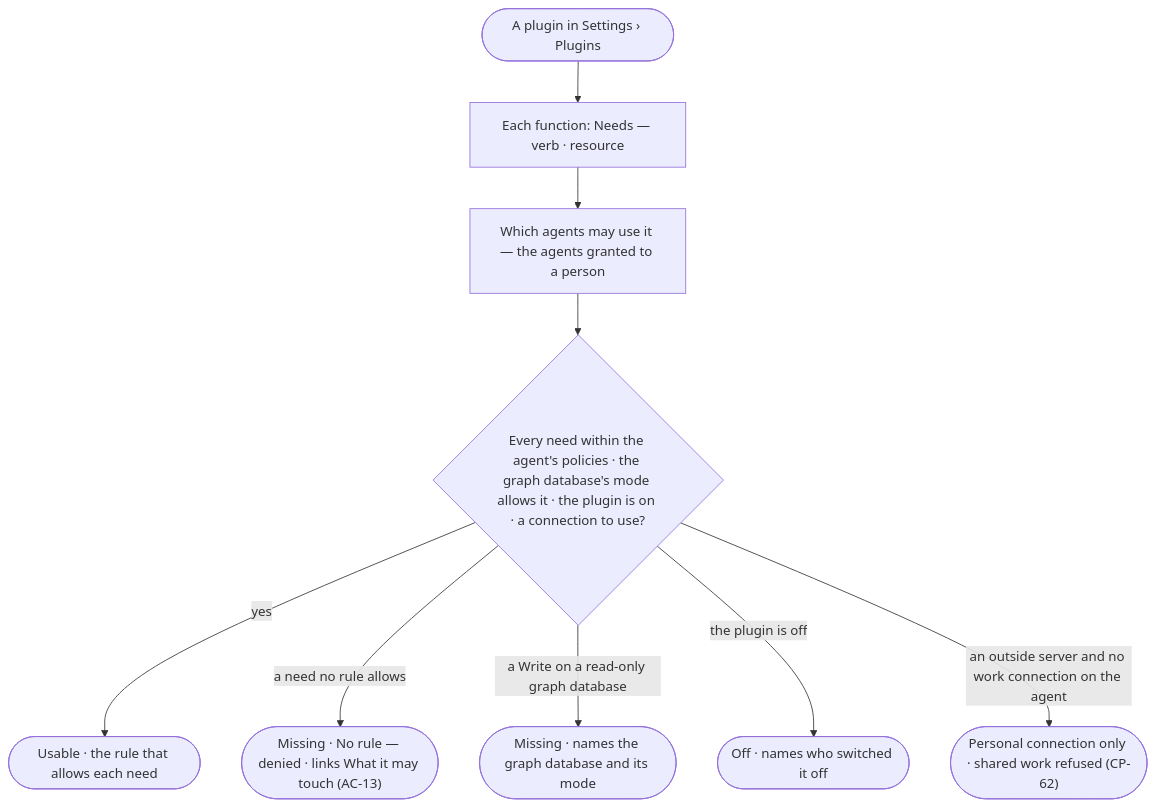
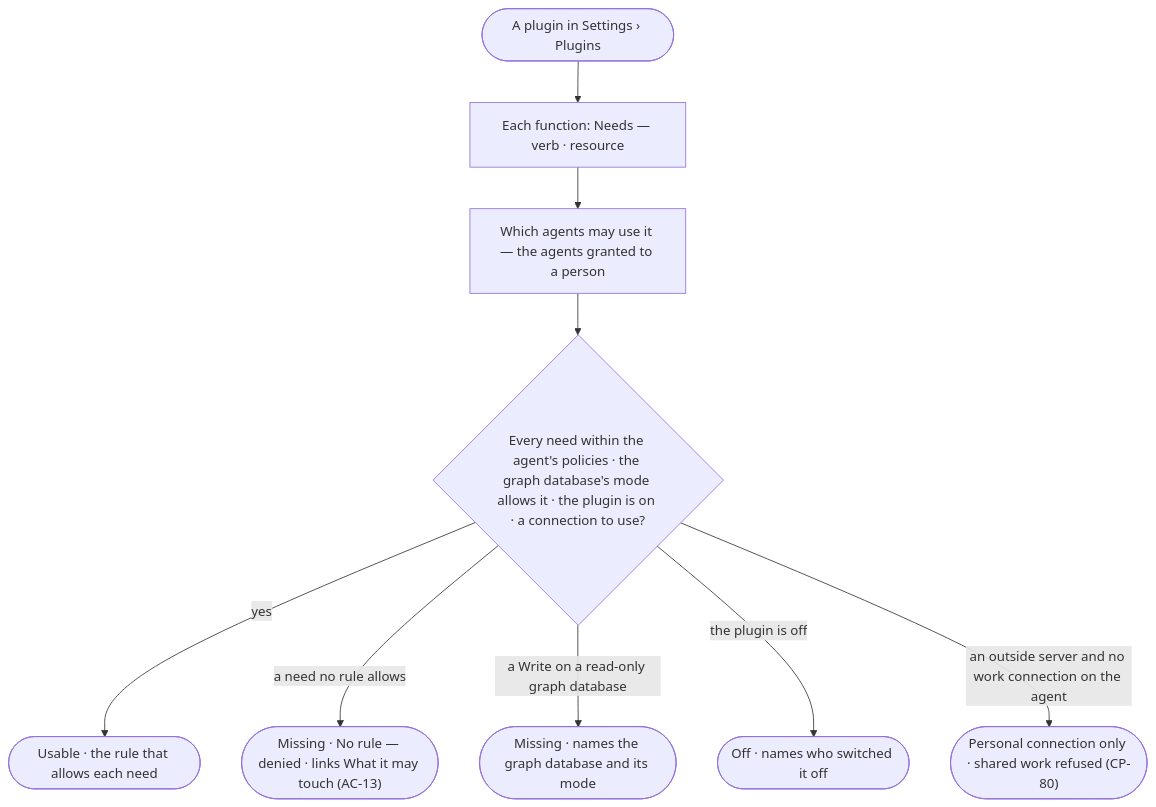
One commit to invana/invana changed the diagram in specs/os/control/features/CP-F02-plugins-and-outside-tools/stories/CP-44-see-what-a-plugin-needs-and-which-agents-may-use-it/story.md. Above: the diagram before and after it, drawn with Mermaid. The commit also changed other lines of this file and 156 other files, not shown here.

Commit message:
wip(platform-design-3): P02 · steps 1-4 — section 4, E2E sweep, merges, flow boards, journeys

````diff
--- a/specs/os/control/features/CP-F02-plugins-and-outside-tools/stories/CP-44-see-what-a-plugin-needs-and-which-agents-may-use-it/story.md
+++ b/specs/os/control/features/CP-F02-plugins-and-outside-tools/stories/CP-44-see-what-a-plugin-needs-and-which-agents-may-use-it/story.md
@@ -29,11 +29,11 @@
 ```mermaid
 flowchart TD
   p([A plugin in Settings › Plugins]) --> f["Each function: Needs — verb · resource"]
   f --> who["Which agents may use it — the agents granted to a person"]
   who --> chk{"Every need within the agent's policies · the graph database's mode allows it · the plugin is on · a connection to use?"}
   chk -->|yes| ok(["Usable · the rule that allows each need"])
   chk -->|a need no rule allows| m1(["Missing · No rule — denied · links What it may touch (AC-13)"])
   chk -->|a Write on a read-only graph database| m2(["Missing · names the graph database and its mode"])
   chk -->|the plugin is off| m3(["Off · names who switched it off"])
-  chk -->|an outside server and no work connection on the agent| m4(["Personal connection only · shared work refused (CP-62)"])
+  chk -->|an outside server and no work connection on the agent| m4(["Personal connection only · shared work refused (CP-80)"])
 ```
````
